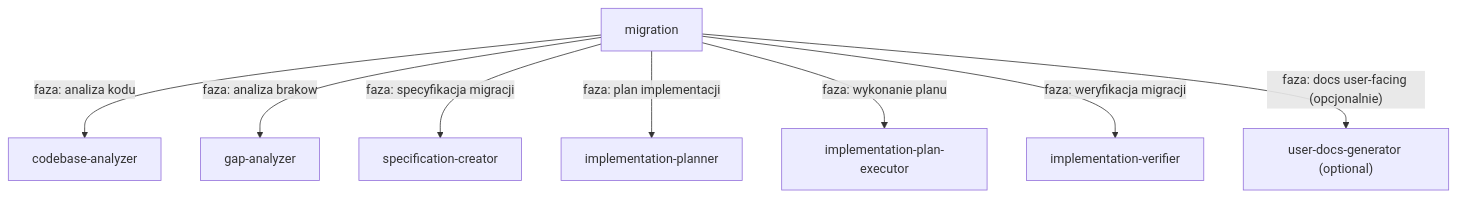
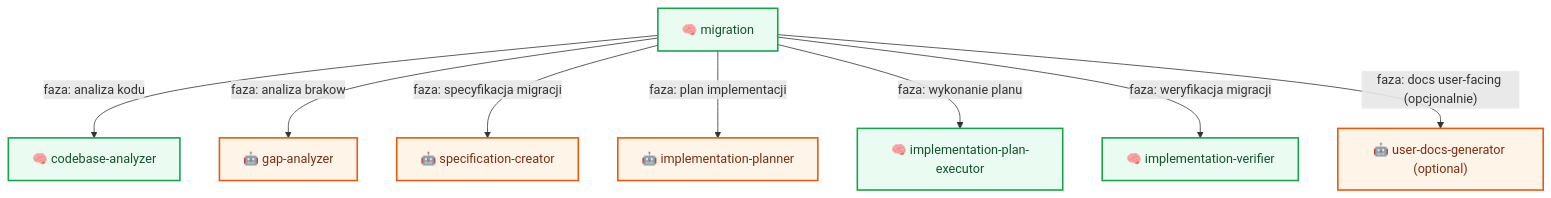
Before and after one commit to plucins/flowbit: the fifth of 10 diagrams in docs/flow/workflows.md, drawn with Mermaid. The commit also changed other lines of this file and 1 other file, not shown here.

Commit message:
Enhance mermaid diagrams with icons and improved formatting in overview and workflows documentation

````diff
--- a/docs/flow/workflows.md
+++ b/docs/flow/workflows.md
@@ -103,10 +127,15 @@
 ```mermaid
 graph TD
-  MIG2["migration"] -- "faza: analiza kodu" --> CODEBASE_M["codebase-analyzer"]
-  MIG2 -- "faza: analiza brakow" --> GAP_M["gap-analyzer"]
-  MIG2 -- "faza: specyfikacja migracji" --> SPEC_M["specification-creator"]
-  MIG2 -- "faza: plan implementacji" --> PLAN_M["implementation-planner"]
-  MIG2 -- "faza: wykonanie planu" --> EXEC_M["implementation-plan-executor"]
-  MIG2 -- "faza: weryfikacja migracji" --> VER_M["implementation-verifier"]
-  MIG2 -- "faza: docs user-facing (opcjonalnie)" --> UDOCS_M["user-docs-generator (optional)"]
+  MIG2["🧠 migration"] -- "faza: analiza kodu" --> CODEBASE_M["🧠 codebase-analyzer"]
+  MIG2 -- "faza: analiza brakow" --> GAP_M["🤖 gap-analyzer"]
+  MIG2 -- "faza: specyfikacja migracji" --> SPEC_M["🤖 specification-creator"]
+  MIG2 -- "faza: plan implementacji" --> PLAN_M["🤖 implementation-planner"]
+  MIG2 -- "faza: wykonanie planu" --> EXEC_M["🧠 implementation-plan-executor"]
+  MIG2 -- "faza: weryfikacja migracji" --> VER_M["🧠 implementation-verifier"]
+  MIG2 -- "faza: docs user-facing (opcjonalnie)" --> UDOCS_M["🤖 user-docs-generator (optional)"]
+
+  classDef skill fill:#EAFBF1,stroke:#16A34A,stroke-width:2px,color:#14532D;
+  classDef agent fill:#FFF4E8,stroke:#EA580C,stroke-width:2px,color:#7C2D12;
+  class MIG2,CODEBASE_M,EXEC_M,VER_M skill;
+  class GAP_M,SPEC_M,PLAN_M,UDOCS_M agent;
 ```
````
